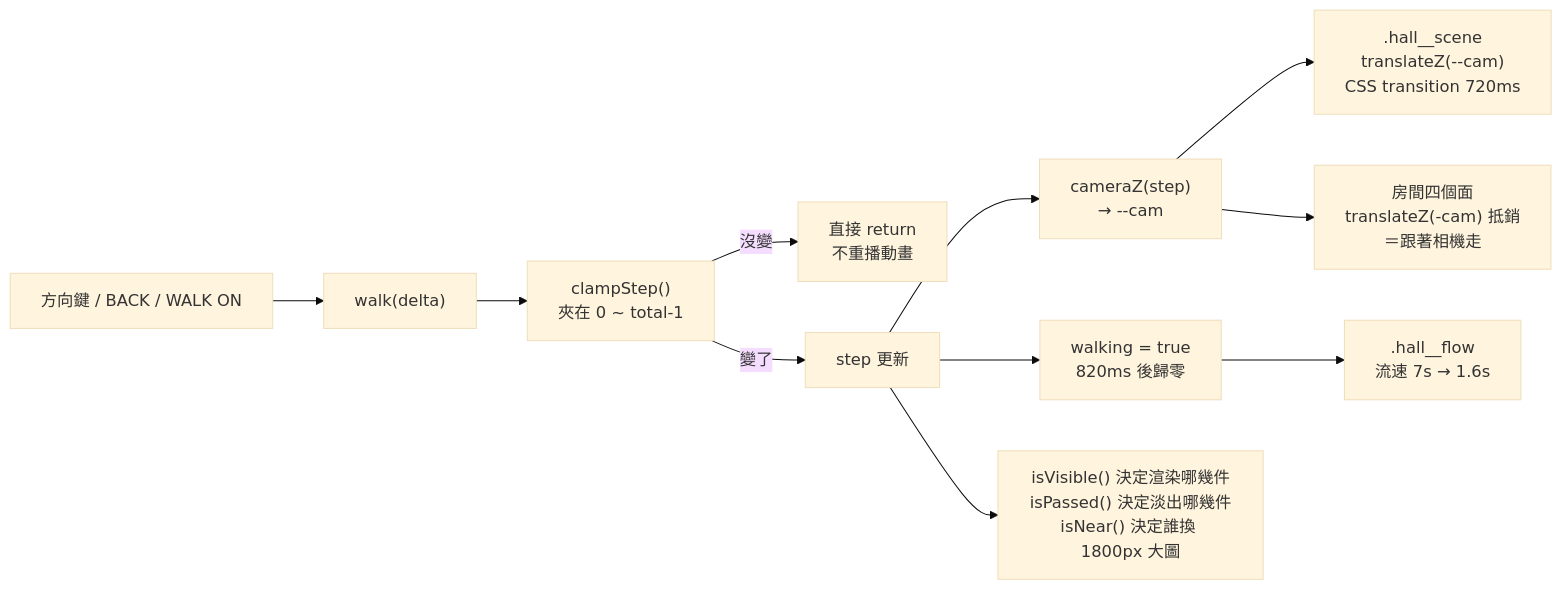
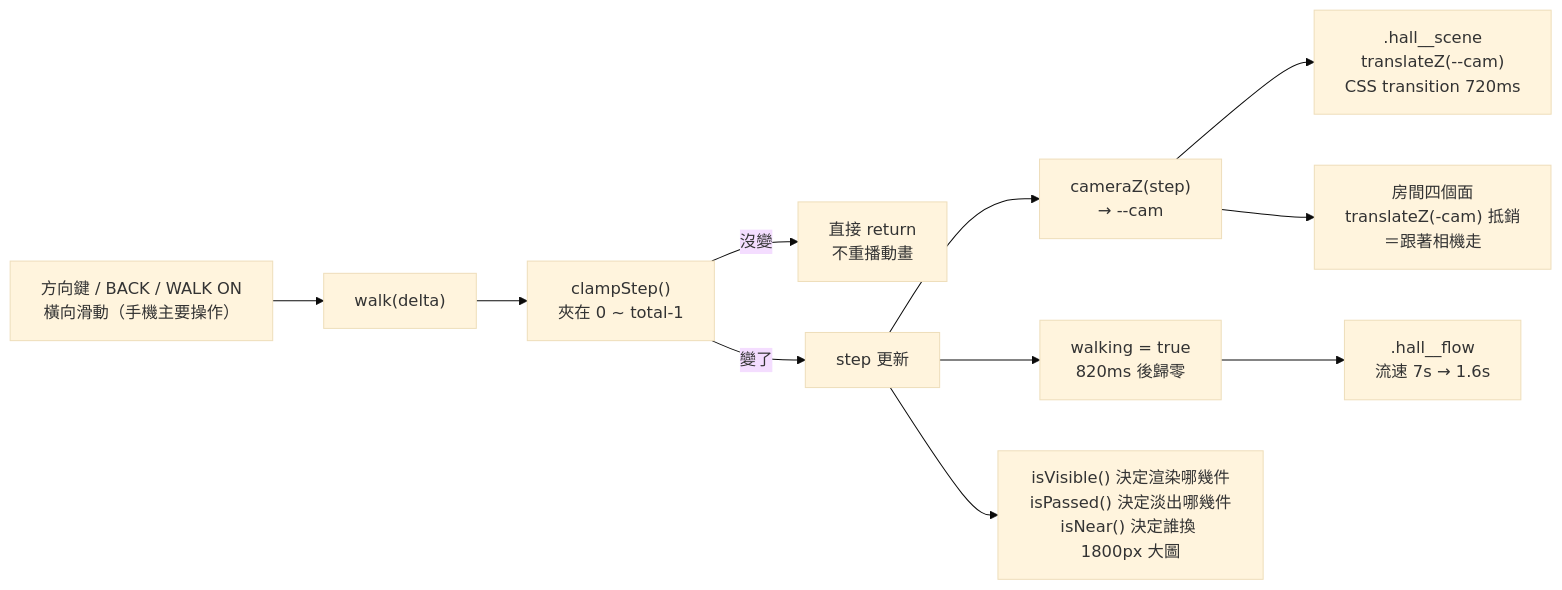
Before and after one commit to aliencat0528/art-wall: the second of 2 diagrams in docs/ARCHITECTURE.md, drawn with Mermaid (base theme). The commit also changed other lines of this file and 5 other files, not shown here.

````diff
--- a/docs/ARCHITECTURE.md
+++ b/docs/ARCHITECTURE.md
@@ -94,13 +94,13 @@
 ```mermaid
 flowchart LR
-  K["方向鍵 / BACK / WALK ON"] --> W["walk(delta)"]
+  K["方向鍵 / BACK / WALK ON<br/>橫向滑動（手機主要操作）"] --> W["walk(delta)"]
   W --> CS["clampStep()<br/>夾在 0 ~ total-1"]
   CS -->|沒變| X["直接 return<br/>不重播動畫"]
   CS -->|變了| ST["step 更新"]
   ST --> CAM["cameraZ(step)<br/>→ --cam"]
   ST --> FLAG["walking = true<br/>820ms 後歸零"]
   CAM --> SCENE[".hall__scene<br/>translateZ(--cam)<br/>CSS transition 720ms"]
   CAM --> ROOM["房間四個面<br/>translateZ(-cam) 抵銷<br/>＝跟著相機走"]
   FLAG --> FLOW[".hall__flow<br/>流速 7s → 1.6s"]
   ST --> VIS["isVisible() 決定渲染哪幾件<br/>isPassed() 決定淡出哪幾件<br/>isNear() 決定誰換 1800px 大圖"]
 ```
````
